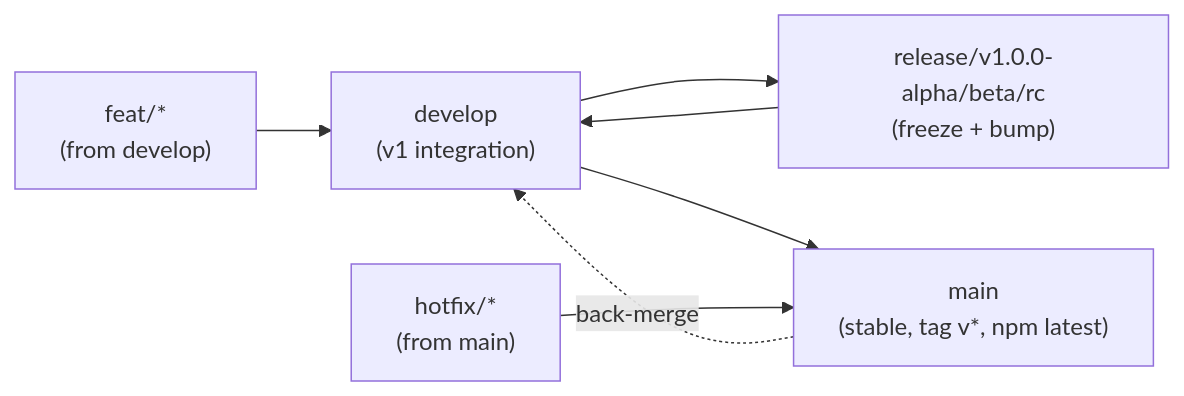
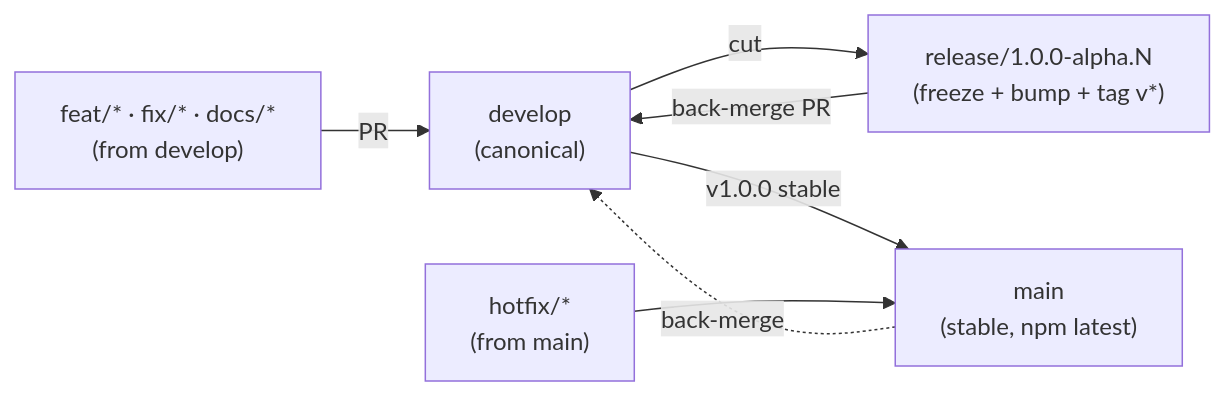
One commit to LUMEN-SH/lumen-cli changed the diagram in docs/BRANCHING.md. Above: the diagram before and after it, drawn with Mermaid. The commit also changed other lines of this file and 6 other files, not shown here.

First line of the commit message:
docs: sync workflow, roadmap and plan with create-lumen v2.0.0-alpha.2

````diff
--- a/docs/BRANCHING.md
+++ b/docs/BRANCHING.md
@@ -15,9 +13,9 @@
 ```mermaid
 flowchart LR
-    feat["feat/*<br/>(from develop)"] --> develop["develop<br/>(v1 integration)"]
-    develop --> rel["release/v1.0.0-alpha/beta/rc<br/>(freeze + bump)"]
-    rel --> develop
-    develop --> main["main<br/>(stable, tag v*, npm latest)"]
+    feat["feat/* · fix/* · docs/*<br/>(from develop)"] -->|PR| develop["develop<br/>(canonical)"]
+    develop -->|"cut"| rel["release/1.0.0-alpha.N<br/>(freeze + bump + tag v*)"]
+    rel -->|"back-merge PR"| develop
+    develop -->|"v1.0.0 stable"| main["main<br/>(stable, npm latest)"]
     hotfix["hotfix/*<br/>(from main)"] --> main
     main -. back-merge .-> develop
 ```
````
